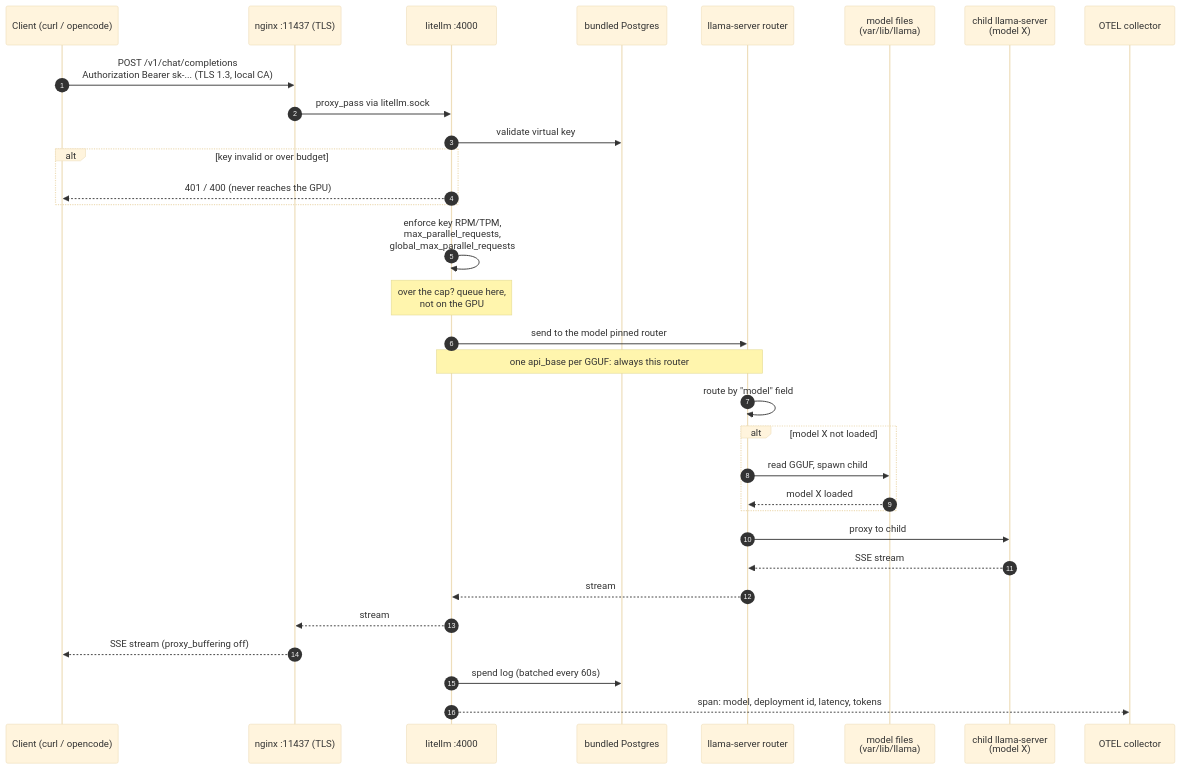
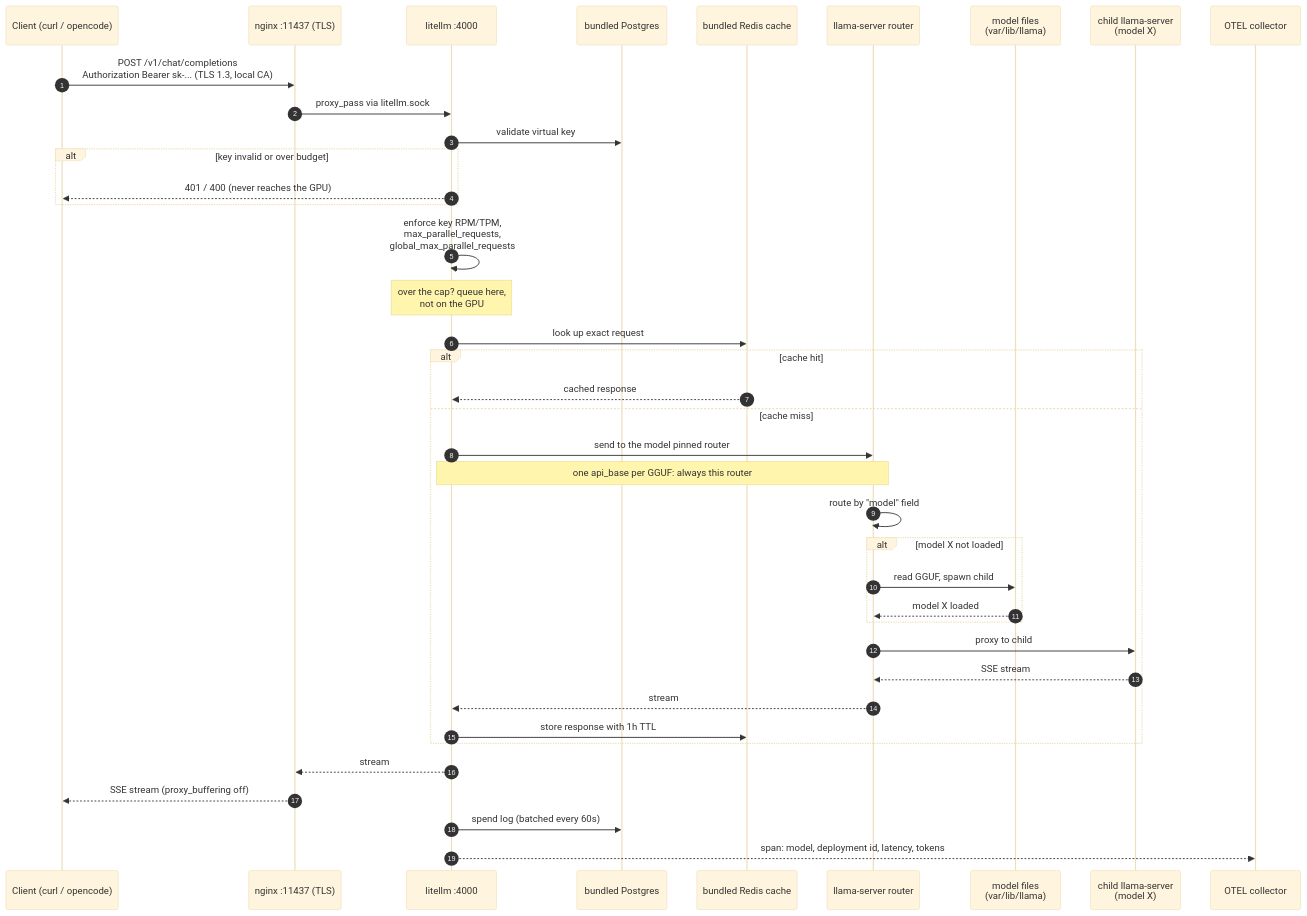
Before and after one commit to SpotDraft/llamacpp-serve: the diagram in docs/diagrams/request-flow-litellm.mmd, drawn with Mermaid (base theme). The commit also changed 15 other files, not shown here.

First line of the commit message:
feat: add persistent Redis response caching

```diff
--- a/docs/diagrams/request-flow-litellm.mmd
+++ b/docs/diagrams/request-flow-litellm.mmd
@@ -1,33 +1,40 @@
 sequenceDiagram
     autonumber
     participant C as Client (curl / opencode)
     participant N as nginx :11437 (TLS)
     participant LL as litellm :4000
     participant PG as bundled Postgres
+    participant RC as bundled Redis cache
     participant R as llama-server router
     participant M as model files<br/>(var/lib/llama)
     participant P as child llama-server<br/>(model X)
     participant OT as OTEL collector
 
     C->>N: POST /v1/chat/completions<br/>Authorization Bearer sk-... (TLS 1.3, local CA)
     N->>LL: proxy_pass via litellm.sock
     LL->>PG: validate virtual key
     alt key invalid or over budget
         LL-->>C: 401 / 400 (never reaches the GPU)
     end
     LL->>LL: enforce key RPM/TPM,<br/>max_parallel_requests,<br/>global_max_parallel_requests
     note over LL: over the cap? queue here,<br/>not on the GPU
-    LL->>R: send to the model pinned router
-    note over LL,R: one api_base per GGUF: always this router
-    R->>R: route by "model" field
-    alt model X not loaded
-        R->>M: read GGUF, spawn child
-        M-->>R: model X loaded
+    LL->>RC: look up exact request
+    alt cache hit
+        RC-->>LL: cached response
+    else cache miss
+        LL->>R: send to the model pinned router
+        note over LL,R: one api_base per GGUF: always this router
+        R->>R: route by "model" field
+        alt model X not loaded
+            R->>M: read GGUF, spawn child
+            M-->>R: model X loaded
+        end
+        R->>P: proxy to child
+        P-->>R: SSE stream
+        R-->>LL: stream
+        LL->>RC: store response with 1h TTL
     end
-    R->>P: proxy to child
-    P-->>R: SSE stream
-    R-->>LL: stream
     LL-->>N: stream
     N-->>C: SSE stream (proxy_buffering off)
     LL->>PG: spend log (batched every 60s)
     LL-->>OT: span: model, deployment id, latency, tokens
```
